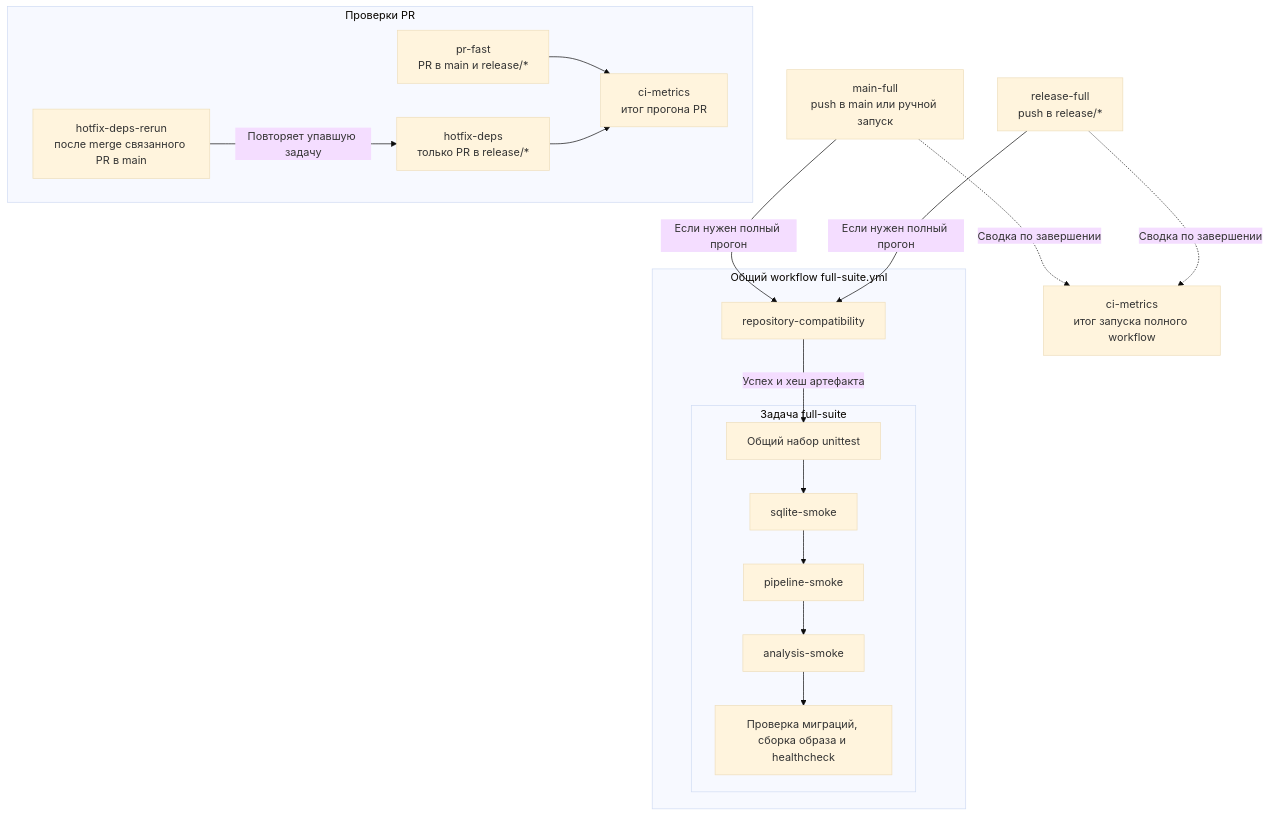
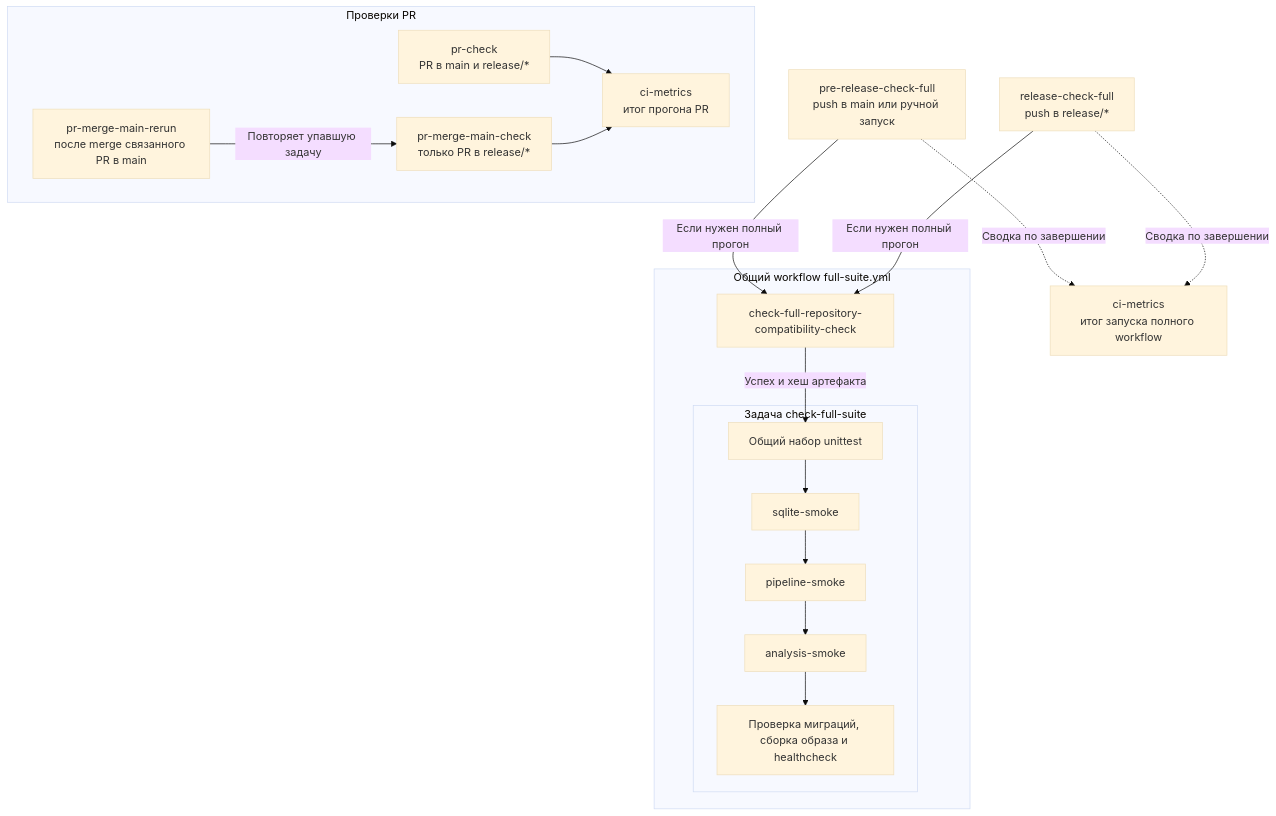
Before and after one commit to karateka-git/compadre-assistant: the third of 6 diagrams in docs/release-ci-admission/CI_AND_DEPLOY.md, drawn with Mermaid (base theme). The commit also changed other lines of this file and 27 other files, not shown here.

````diff
--- a/docs/release-ci-admission/CI_AND_DEPLOY.md
+++ b/docs/release-ci-admission/CI_AND_DEPLOY.md
@@ -150,30 +156,30 @@
 ```mermaid
 flowchart TD
     subgraph PR["Проверки PR"]
-        FAST["pr-fast<br/>PR в main и release/*"]
-        DEPS["hotfix-deps<br/>только PR в release/*"]
-        RERUN["hotfix-deps-rerun<br/>после merge связанного PR в main"]
+        FAST["pr-check<br/>PR в main и release/*"]
+        DEPS["pr-merge-main-check<br/>только PR в release/*"]
+        RERUN["pr-merge-main-rerun<br/>после merge связанного PR в main"]
         RERUN -->|Повторяет упавшую задачу| DEPS
         FAST --> PRMETRICS["ci-metrics<br/>итог прогона PR"]
         DEPS --> PRMETRICS
     end
 
-    MAIN["main-full<br/>push в main или ручной запуск"]
-    RELEASE["release-full<br/>push в release/*"]
+    MAIN["pre-release-check-full<br/>push в main или ручной запуск"]
+    RELEASE["release-check-full<br/>push в release/*"]
     subgraph COMMON["Общий workflow full-suite.yml"]
-        COMPAT["repository-compatibility"]
-        subgraph CANDIDATE["Задача full-suite"]
+        COMPAT["check-full-repository-compatibility-check"]
+        subgraph CANDIDATE["Задача check-full-suite"]
             UNIT["Общий набор unittest"]
             SQLITE["sqlite-smoke"]
             PIPELINE["pipeline-smoke"]
             ANALYSIS["analysis-smoke"]
             FINAL["Проверка миграций, сборка образа и healthcheck"]
             UNIT --> SQLITE --> PIPELINE --> ANALYSIS --> FINAL
         end
         COMPAT -->|Успех и хеш артефакта| UNIT
     end
     MAIN -->|Если нужен полный прогон| COMPAT
     RELEASE -->|Если нужен полный прогон| COMPAT
     MAIN -. Сводка по завершении .-> METRICS["ci-metrics<br/>итог запуска полного workflow"]
     RELEASE -. Сводка по завершении .-> METRICS
 ```
````
